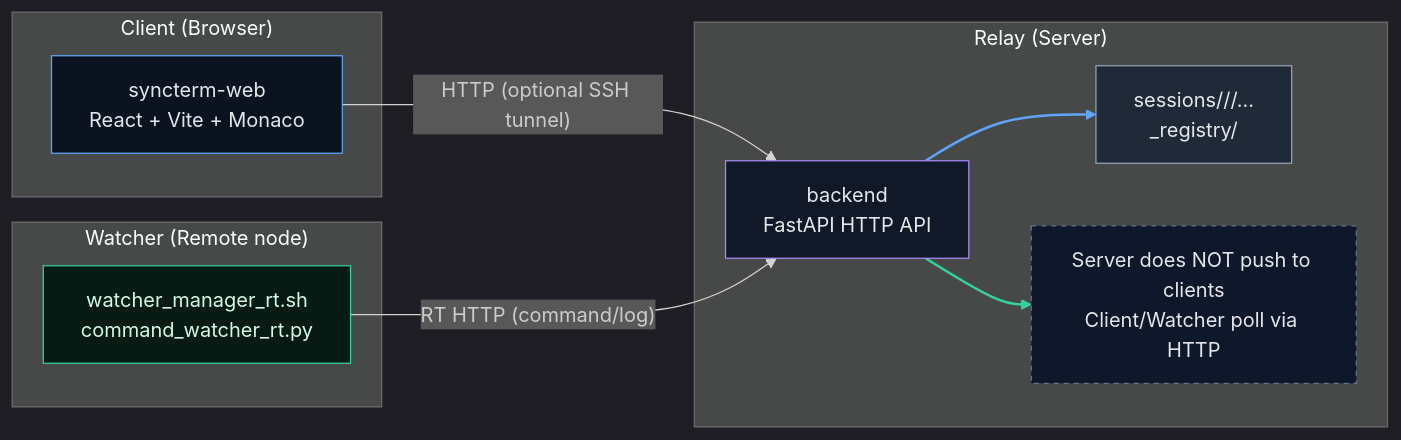
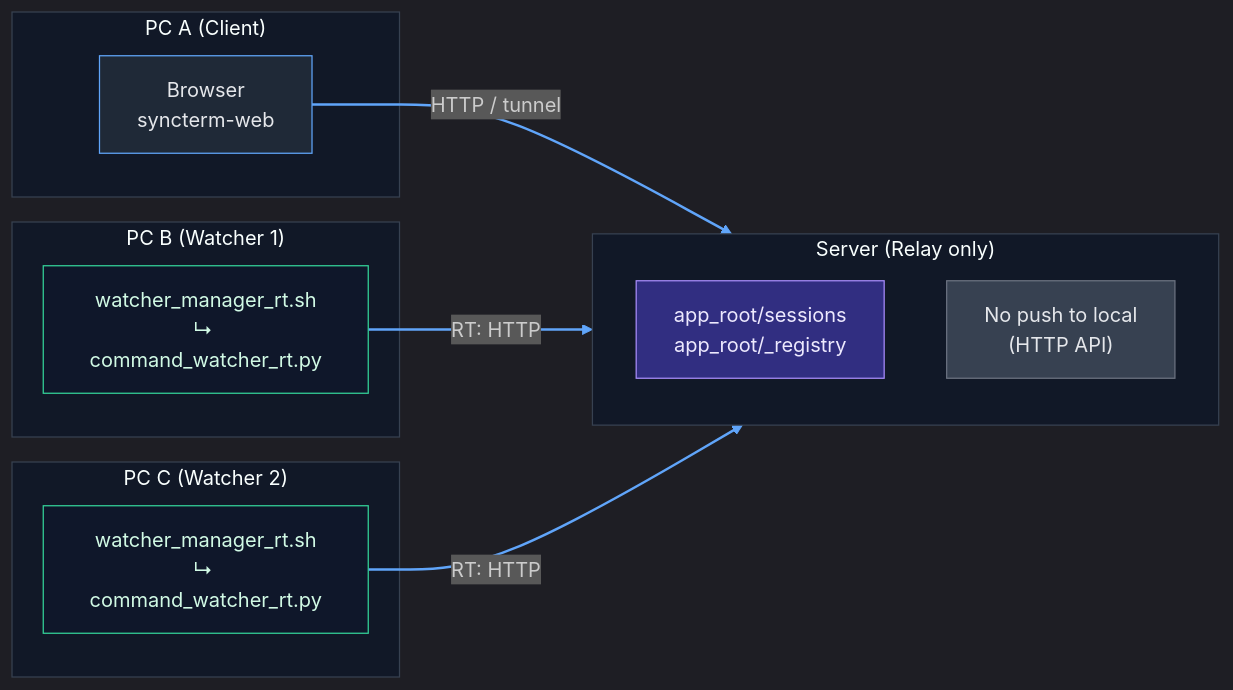
The diagram in README.md (ri0097fx/SyncTerm-IDE), drawn with Mermaid before and after one commit. The commit also changed other lines of this file, not shown here.

First line of the commit message:
docs: refresh README with web/RT quickstart and AI device

````diff
--- a/README.md
+++ b/README.md
@@ -25,31 +30,41 @@
 ```mermaid
-%%{init: {"theme": "dark", "flowchart": {"curve": "basis"}}}%%
+%%{init: {"theme": "dark"}}%%
 flowchart LR
-  classDef client fill:#0b1220,stroke:#60a5fa,color:#e5e7eb,stroke-width:1px;
-  classDef relay  fill:#111827,stroke:#a78bfa,color:#e5e7eb,stroke-width:1px;
-  classDef watcher fill:#071a13,stroke:#34d399,color:#d1fae5,stroke-width:1px;
-  classDef store fill:#1f2937,stroke:#94a3b8,color:#e5e7eb,stroke-width:1px;
-  classDef note fill:#0f172a,stroke:#64748b,color:#e5e7eb,stroke-width:1px,stroke-dasharray: 4 4;
-
-  subgraph C["Client (Browser)"]
-    WEB["syncterm-web<br/>React + Vite + Monaco"]:::client
+  subgraph A["PC A (Client)"]
+    WEB["Browser<br/>syncterm-web"]
   end
 
-  subgraph R["Relay (Server)"]
-    API["backend<br/>FastAPI HTTP API"]:::relay
-    STORE["sessions/<watcher>/<session>/...<br/>_registry/"]:::store
-    NOTE["Server does NOT push to clients<br/>Client/Watcher poll via HTTP"]:::note
-    API --> STORE
-    API --> NOTE
+  subgraph S["Server (Relay only)"]
+    STORE["app_root/sessions<br/>app_root/_registry"]
+    NOTE["No push to local<br/>(HTTP API)"]
   end
 
-  subgraph W["Watcher (Remote node)"]
-    RT["watcher_manager_rt.sh<br/>command_watcher_rt.py"]:::watcher
+  subgraph B["PC B (Watcher 1)"]
+    W1["watcher_manager_rt.sh<br/>↳ command_watcher_rt.py"]
   end
 
-  WEB -->|"HTTP (optional SSH tunnel)"| API
-  RT  -->|"RT HTTP (command/log)"| API
+  subgraph C["PC C (Watcher 2)"]
+    W2["watcher_manager_rt.sh<br/>↳ command_watcher_rt.py"]
+  end
 
-  linkStyle 0 stroke:#60a5fa,stroke-width:2px;
-  linkStyle 1 stroke:#34d399,stroke-width:2px;
+  WEB -->|HTTP / tunnel| S
+  W1  -->|RT: HTTP| S
+  W2  -->|RT: HTTP| S
+
+  classDef local   fill:#1f2937,stroke:#60a5fa,color:#e5e7eb;
+  classDef watcher fill:#0f172a,stroke:#34d399,color:#d1fae5;
+  classDef storage fill:#312e81,stroke:#a78bfa,color:#ede9fe;
+  classDef note    fill:#374151,stroke:#6b7280,color:#e5e7eb;
+
+  class WEB local
+  class W1,W2 watcher
+  class STORE storage
+  class NOTE note
+
+  style A fill:#111827,stroke:#374151,stroke-width:1px
+  style B fill:#111827,stroke:#374151,stroke-width:1px
+  style C fill:#111827,stroke:#374151,stroke-width:1px
+  style S fill:#111827,stroke:#374151,stroke-width:1px
+
+  linkStyle default stroke:#60a5fa,stroke-width:2px
 ```
````
